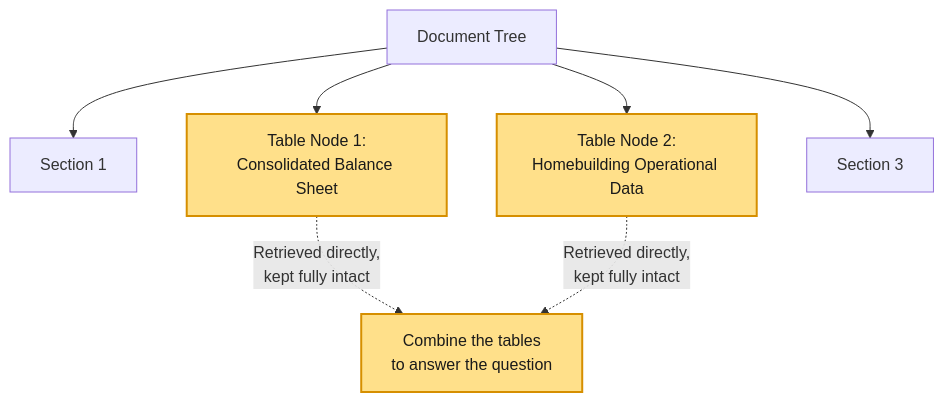
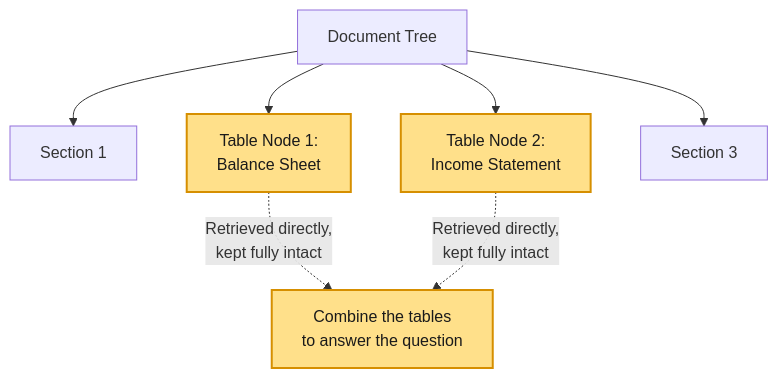
One commit to AyushSinghRana15/Vectorless-RAG changed the second of 3 diagrams in lab3/lab3.md. Above: the diagram before and after it, drawn with Mermaid. The commit also changed other lines of this file and 3 other files, not shown here.

````diff
--- a/lab3/lab3.md
+++ b/lab3/lab3.md
@@ -57,15 +57,15 @@
 ```mermaid
 flowchart TD
     Root[Document Tree]
     Root --> S1[Section 1]
-    Root --> Tab1[Table Node 1:<br/>Consolidated Balance Sheet]
-    Root --> Tab2[Table Node 2:<br/>Homebuilding Operational Data]
+    Root --> Tab1[Table Node 1:<br/>Balance Sheet]
+    Root --> Tab2[Table Node 2:<br/>Income Statement]
     Root --> S3[Section 3]
 
     Tab1 -.->|Retrieved directly,<br/>kept fully intact| Combine[Combine the tables<br/>to answer the question]
     Tab2 -.->|Retrieved directly,<br/>kept fully intact| Combine
 
     class Tab1,Tab2,Combine hop
 
     classDef hop fill:#ffe08a,stroke:#d68f00,stroke-width:2px,color:#1a1a1a;
 ```
````
